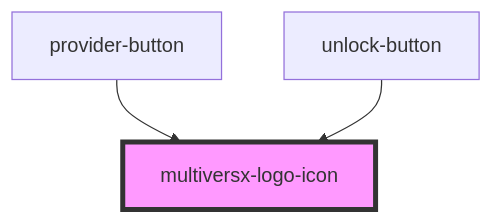
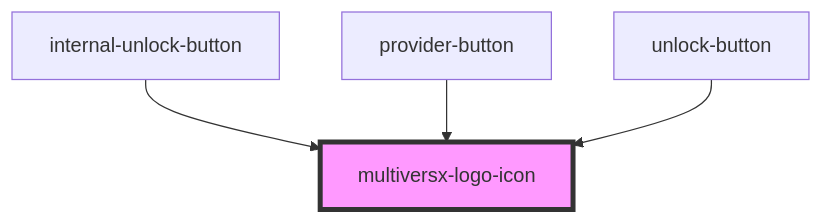
Before and after one commit to multiversx/mx-sdk-dapp-ui: the diagram in src/assets/icons/multiversx-logo-icon/readme.md, drawn with Mermaid. The commit also changed other lines of this file and 10 other files, not shown here.

````diff
--- a/src/assets/icons/multiversx-logo-icon/readme.md
+++ b/src/assets/icons/multiversx-logo-icon/readme.md
@@ -16,6 +17,7 @@
 ```mermaid
 graph TD;
+  internal-unlock-button --> multiversx-logo-icon
   provider-button --> multiversx-logo-icon
   unlock-button --> multiversx-logo-icon
   style multiversx-logo-icon fill:#f9f,stroke:#333,stroke-width:4px
 ```
````
